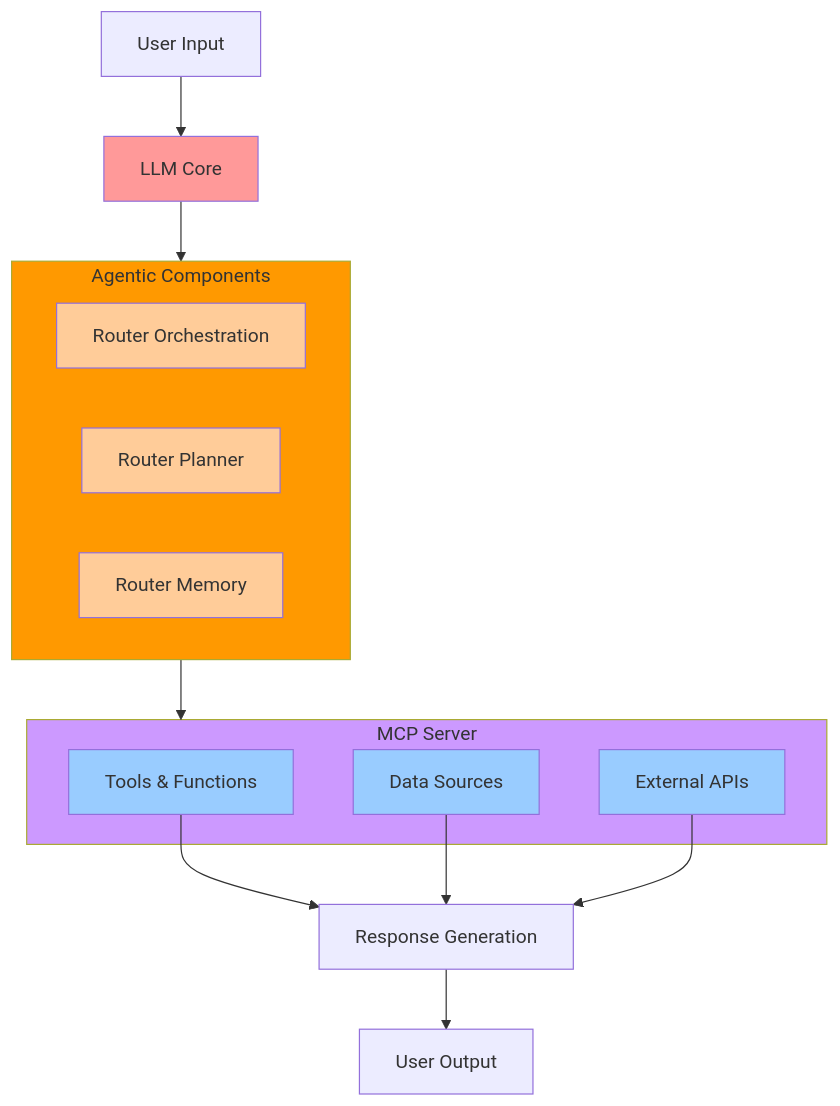
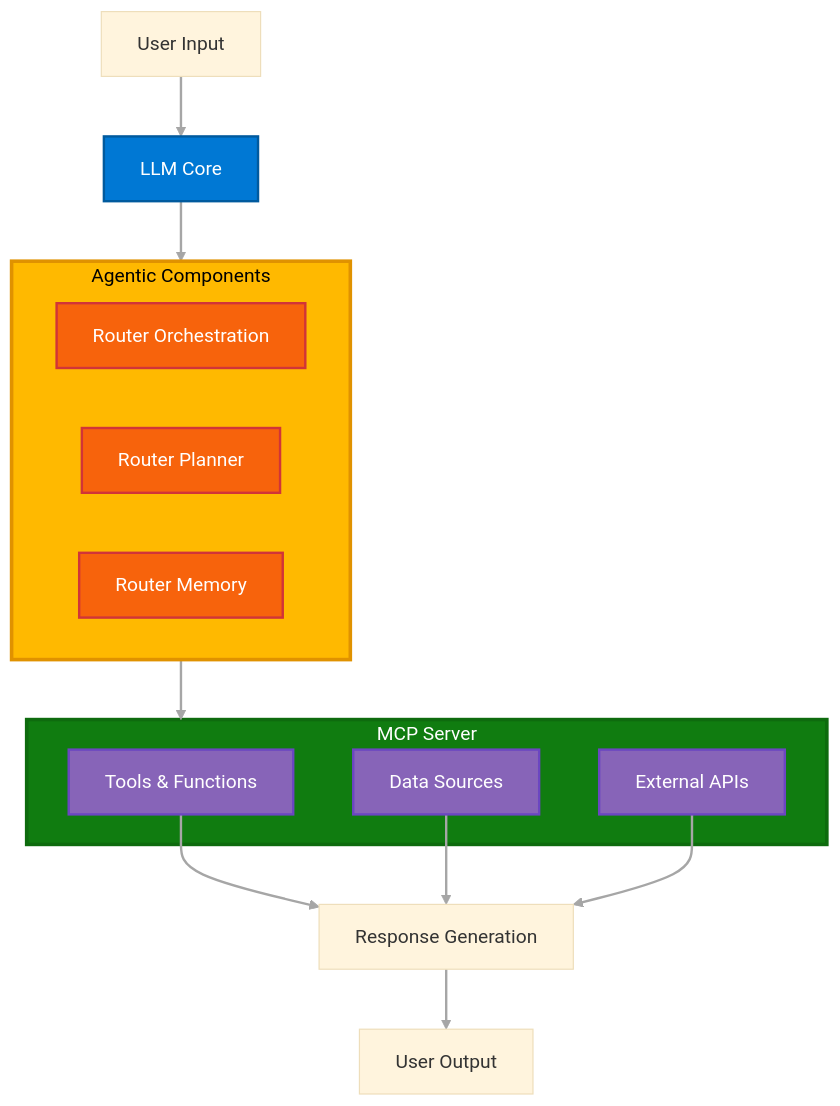
Before and after one commit to MTCMarkFranco/era-of-ai: the seventh of 7 diagrams in ai-evolution-slides.md, drawn with Mermaid. The commit also changed other lines of this file, not shown here.

````diff
--- a/ai-evolution-slides.md
+++ b/ai-evolution-slides.md
@@ -226,35 +244,38 @@
 ```mermaid
+%%{init: {'theme':'base', 'themeVariables': { 'fontFamily': 'Segoe UI, Arial, sans-serif', 'fontSize': '16px'}}}%%
 graph TD
     A[User Input] --> B[LLM Core]
     
     subgraph H[Agentic Components]
         I[Router Orchestration]
         J[Router Planner]
         K[Router Memory]
     end
     
     subgraph L[MCP Server]
         C[Tools & Functions]
         D[Data Sources]
         E[External APIs]
     end
     
     B --> H
     H --> L
     
     C --> F[Response Generation]
     D --> F
     E --> F
     
     F --> G[User Output]
     
-    style B fill:#ff9999
-    style C fill:#99ccff
-    style D fill:#99ccff
-    style E fill:#99ccff
-    style H fill:#ff9900
-    style I fill:#ffcc99
-    style J fill:#ffcc99
-    style K fill:#ffcc99
-    style L fill:#cc99ff
+    style B fill:#0078D4,stroke:#005A9E,stroke-width:2px,color:#FFFFFF
+    style C fill:#8764B8,stroke:#6B46C1,stroke-width:2px,color:#FFFFFF
+    style D fill:#8764B8,stroke:#6B46C1,stroke-width:2px,color:#FFFFFF
+    style E fill:#8764B8,stroke:#6B46C1,stroke-width:2px,color:#FFFFFF
+    style H fill:#FFB900,stroke:#E09200,stroke-width:3px,color:#000000
+    style I fill:#F7630C,stroke:#D13438,stroke-width:2px,color:#FFFFFF
+    style J fill:#F7630C,stroke:#D13438,stroke-width:2px,color:#FFFFFF
+    style K fill:#F7630C,stroke:#D13438,stroke-width:2px,color:#FFFFFF
+    style L fill:#107C10,stroke:#0E6B0E,stroke-width:3px,color:#FFFFFF
+    
+    linkStyle default stroke:#A6A6A6,stroke-width:2px
 ```
````
